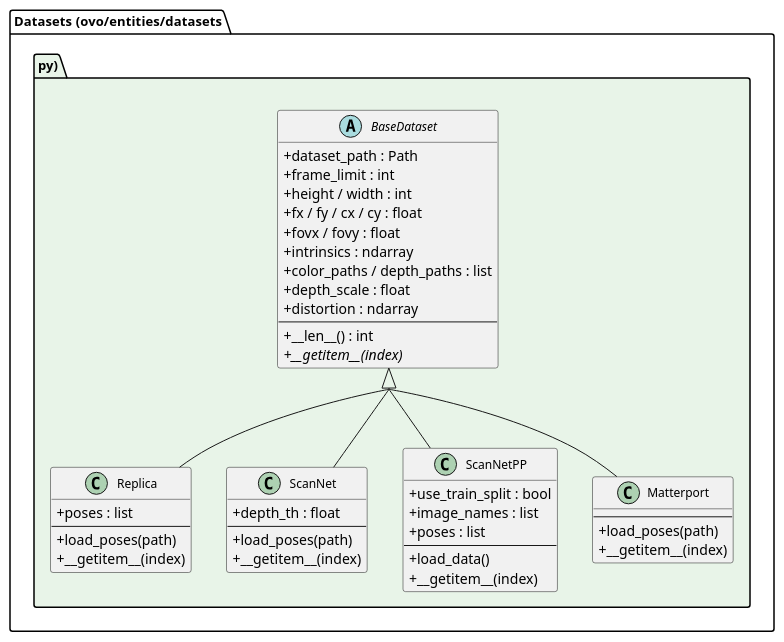
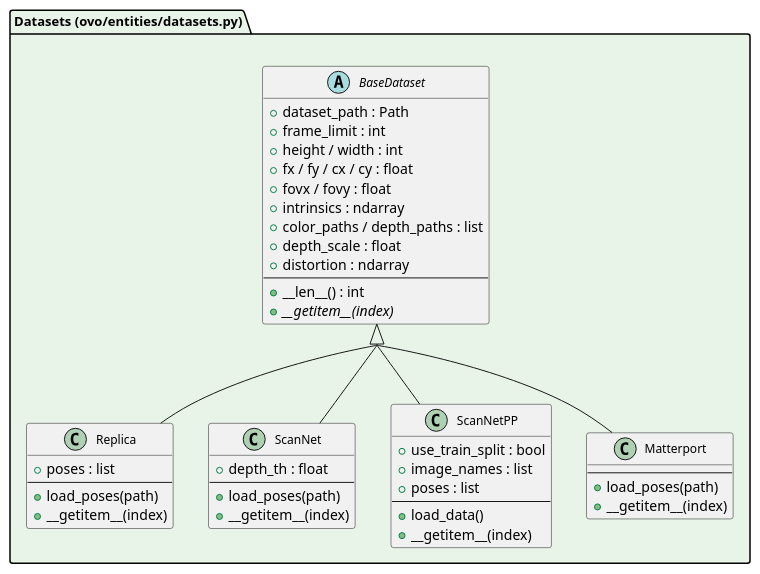
One commit to dpadillaor/OVO changed the diagram in docs/uml/04_class-datasets.puml. Above: the diagram before and after it, drawn with PlantUML. The commit also changed 8 other files, not shown here.

```diff
--- a/docs/uml/04_class-datasets.puml
+++ b/docs/uml/04_class-datasets.puml
@@ -1,63 +1,66 @@
 @startuml class-datasets
 ' Dataset adapters: BaseDataset defines the frame-iteration interface
 ' Add new dataset: subclass BaseDataset, implement __getitem__
 
-skinparam classAttributeIconSize 0
+skinparam classAttributeIconSize 10
 skinparam classFontSize 12
 skinparam packageFontSize 13
 skinparam groupInheritance 2
 hide empty members
 
-package "Datasets  (ovo/entities/datasets.py)" #E8F4E8 {
+' ─────────────────────────────────────────────
+'  DATASETS
+' ─────────────────────────────────────────────
+package "Datasets (ovo/entities/datasets.py)" as DatasetsPkg #E8F4E8 {
 
   abstract class BaseDataset {
     + dataset_path : Path
     + frame_limit : int
     + height / width : int
     + fx / fy / cx / cy : float
     + fovx / fovy : float
     + intrinsics : ndarray
     + color_paths / depth_paths : list
     + depth_scale : float
     + distortion : ndarray
     --
     + __len__() : int
     {abstract} + __getitem__(index)
   }
 
   class Replica {
     + poses : list
     --
     + load_poses(path)
     + __getitem__(index)
   }
 
   class ScanNet {
     + depth_th : float
     --
     + load_poses(path)
     + __getitem__(index)
   }
 
   class ScanNetPP {
     + use_train_split : bool
     + image_names : list
     + poses : list
     --
     + load_data()
     + __getitem__(index)
   }
 
   class Matterport {
     --
     + load_poses(path)
     + __getitem__(index)
   }
 
   BaseDataset <|-- Replica
   BaseDataset <|-- ScanNet
   BaseDataset <|-- ScanNetPP
   BaseDataset <|-- Matterport
 }
 
 @enduml
```
